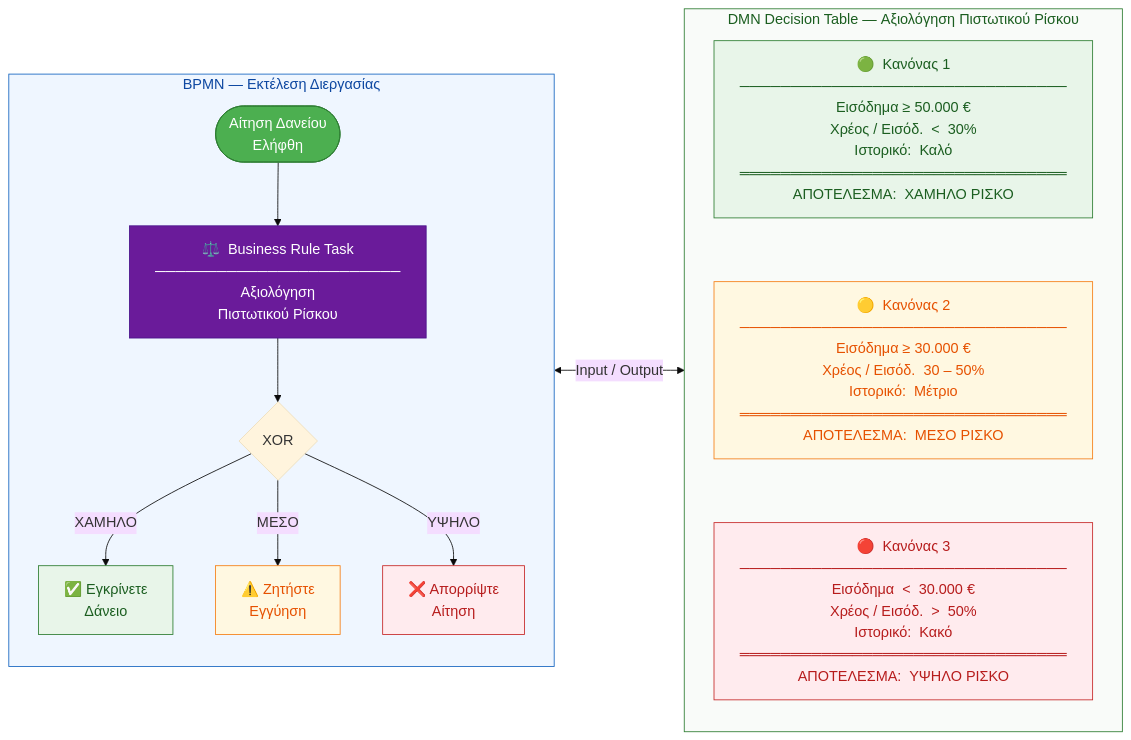
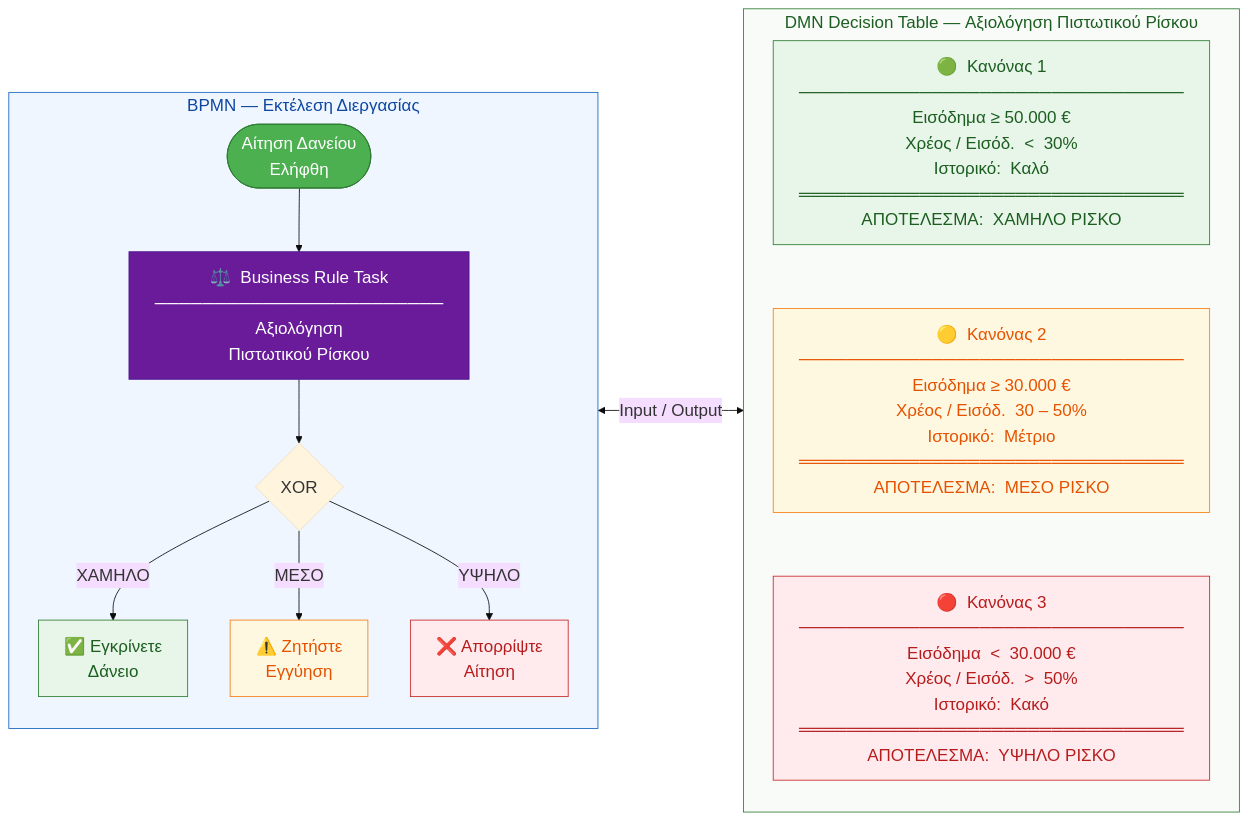
One commit to tsadimas-wa/dss-data-analytics changed the diagram in msc/img/lecture3/diag_dmn_example.mmd. Above: the diagram before and after it, drawn with Mermaid. The commit also changed 16 other files, not shown here.

First line of the commit message:
docs(lecture3): update diagrams and lecture content

```diff
--- a/msc/img/lecture3/diag_dmn_example.mmd
+++ b/msc/img/lecture3/diag_dmn_example.mmd
@@ -1,47 +1,47 @@
-%%{init: {'theme': 'base', 'themeVariables': {'fontSize': '17px', 'fontFamily': 'Arial, sans-serif'}}}%%
+%%{init: {'theme': 'base', 'themeVariables': {'fontSize': '20px', 'fontFamily': 'Arial, sans-serif'}}}%%
 flowchart LR
 
     subgraph BPMN["  BPMN — Εκτέλεση Διεργασίας  "]
         direction TB
         START(["Αίτηση Δανείου\nΕλήφθη"])
         BRT["⚖️  Business Rule Task\n────────────────────────\nΑξιολόγηση\nΠιστωτικού Ρίσκου"]
         G{" XOR "}
         RA["✅  Εγκρίνετε\nΔάνειο"]
         RB["⚠️  Ζητήστε\nΕγγύηση"]
         RC["❌  Απορρίψτε\nΑίτηση"]
         START --> BRT --> G
         G -->|" ΧΑΜΗΛΟ "| RA
         G -->|" ΜΕΣΟ "| RB
         G -->|" ΥΨΗΛΟ "| RC
     end
 
     subgraph DMN["  DMN Decision Table — Αξιολόγηση Πιστωτικού Ρίσκου  "]
         direction TB
         R1["🟢  Κανόνας 1\n────────────────────────────────\nΕισόδημα ≥ 50.000 €\nΧρέος / Εισόδ.  <  30%\nΙστορικό:  Καλό\n════════════════════════════════\nΑΠΟΤΕΛΕΣΜΑ:  ΧΑΜΗΛΟ ΡΙΣΚΟ"]
         R2["🟡  Κανόνας 2\n────────────────────────────────\nΕισόδημα ≥ 30.000 €\nΧρέος / Εισόδ.  30 – 50%\nΙστορικό:  Μέτριο\n════════════════════════════════\nΑΠΟΤΕΛΕΣΜΑ:  ΜΕΣΟ ΡΙΣΚΟ"]
         R3["🔴  Κανόνας 3\n────────────────────────────────\nΕισόδημα  <  30.000 €\nΧρέος / Εισόδ.  >  50%\nΙστορικό:  Κακό\n════════════════════════════════\nΑΠΟΤΕΛΕΣΜΑ:  ΥΨΗΛΟ ΡΙΣΚΟ"]
         R1 ~~~ R2 ~~~ R3
     end
 
     BRT <-->|" Input / Output "| DMN
 
     classDef brt fill:#6A1B9A,color:#ffffff,stroke:#4A148C
     classDef start fill:#4CAF50,color:#ffffff,stroke:#2E7D32
     classDef ra fill:#E8F5E9,stroke:#2E7D32,color:#1B5E20
     classDef rb fill:#FFF8E1,stroke:#F57F17,color:#E65100
     classDef rc fill:#FFEBEE,stroke:#C62828,color:#B71C1C
     classDef r1 fill:#E8F5E9,stroke:#2E7D32,color:#1B5E20
     classDef r2 fill:#FFF8E1,stroke:#F57F17,color:#E65100
     classDef r3 fill:#FFEBEE,stroke:#C62828,color:#B71C1C
 
     class BRT brt
     class START start
     class RA ra
     class RB rb
     class RC rc
     class R1 r1
     class R2 r2
     class R3 r3
 
     style BPMN fill:#EFF6FF,stroke:#1565C0,color:#0D47A1
     style DMN fill:#F9FBF9,stroke:#2E7D32,color:#1B5E20
```
